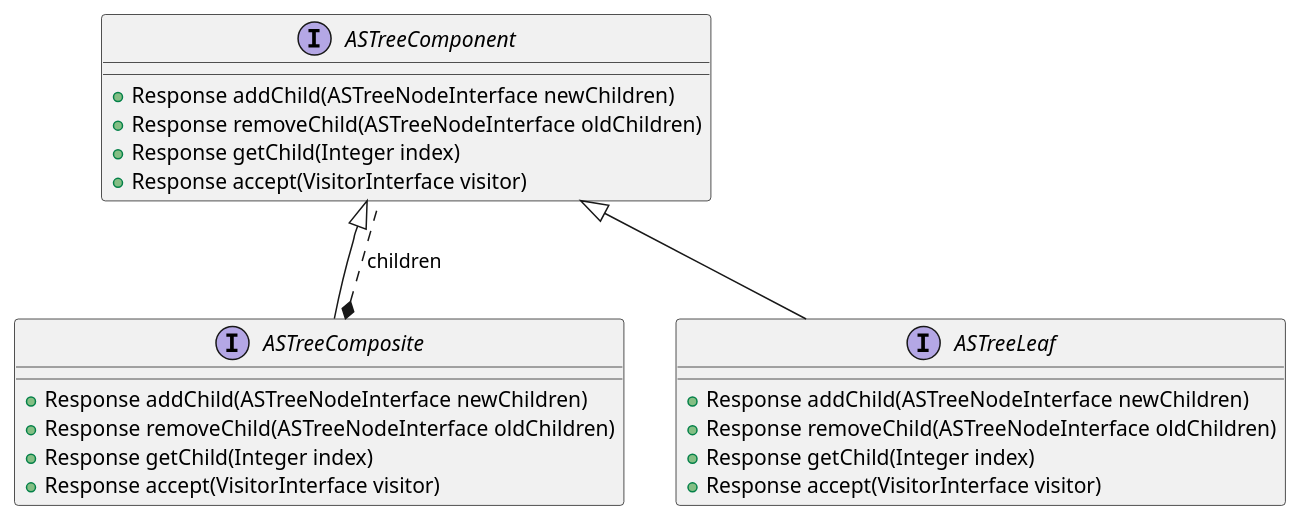
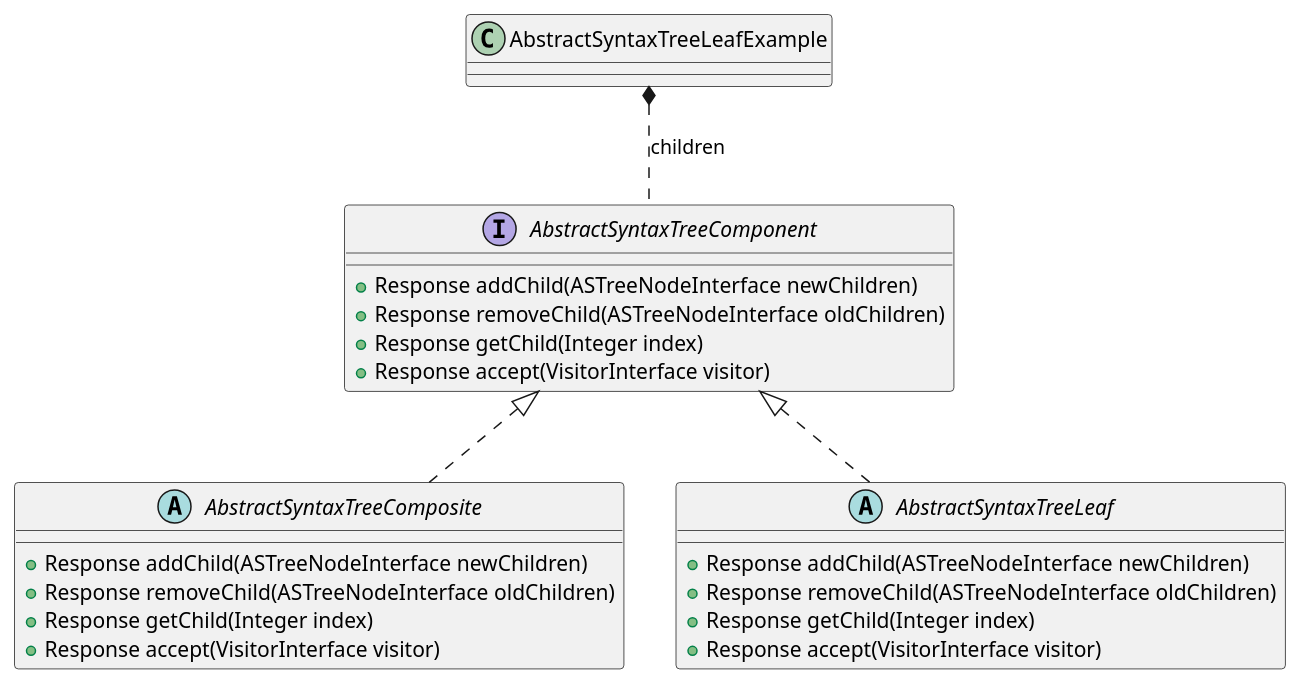
The diagram in src/main/java/nodes/ASTreeNodeDiagram.puml (IngsisPrintScript/PrintScript), drawn with PlantUML before and after one commit. The commit also changed 11 other files, not shown here.

Commit message:
Implemented all Nodes of the AbstractSuntaxTree

```diff
--- a/src/main/java/nodes/ASTreeNodeDiagram.puml
+++ b/src/main/java/nodes/ASTreeNodeDiagram.puml
@@ -1,25 +1,25 @@
 @startuml
 'https://plantuml.com/class-diagram
 
-interface ASTreeComponent{
+interface AbstractSyntaxTreeComponent{
     + Response addChild(ASTreeNodeInterface newChildren)
     + Response removeChild(ASTreeNodeInterface oldChildren)
     + Response getChild(Integer index)
     + Response accept(VisitorInterface visitor)
 }
-interface ASTreeComposite extends ASTreeComponent{
+abstract class AbstractSyntaxTreeComposite implements AbstractSyntaxTreeComponent{
     + Response addChild(ASTreeNodeInterface newChildren)
     + Response removeChild(ASTreeNodeInterface oldChildren)
     + Response getChild(Integer index)
     + Response accept(VisitorInterface visitor)
 }
-interface ASTreeLeaf extends ASTreeComponent{
+abstract class AbstractSyntaxTreeLeaf implements AbstractSyntaxTreeComponent{
     + Response addChild(ASTreeNodeInterface newChildren)
     + Response removeChild(ASTreeNodeInterface oldChildren)
     + Response getChild(Integer index)
     + Response accept(VisitorInterface visitor)
 }
 
-ASTreeComposite *.. ASTreeComponent: children
+AbstractSyntaxTreeLeafExample *.. AbstractSyntaxTreeComponent: children
 
 @enduml
```
